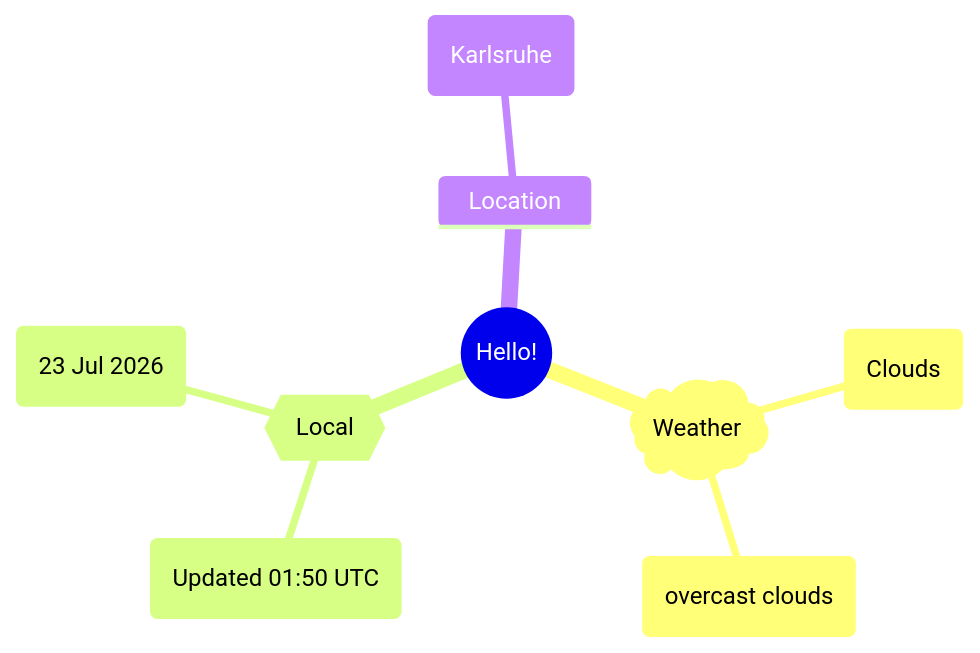
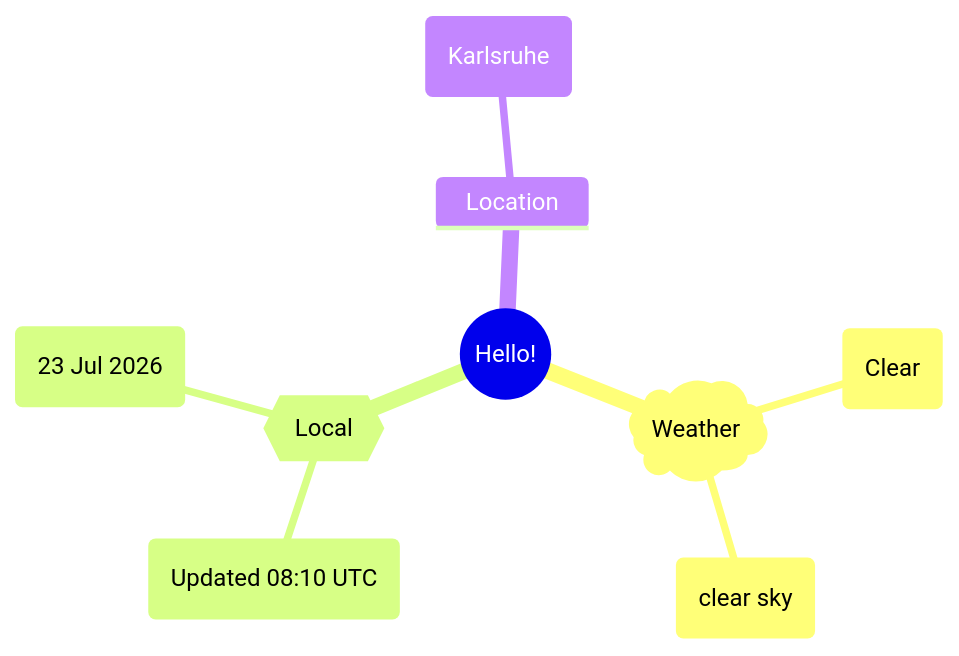
The first of 2 diagrams in README.md (Xosrov/Xosrov), drawn with Mermaid before and after one commit.

Commit message:
[bot] updated images

````diff
--- a/README.md
+++ b/README.md
@@ -3,12 +3,12 @@
 ```mermaid
 mindmap
   root((Hello!))
     )Weather(
-        (Clouds)
-        (overcast clouds)
+        (Clear)
+        (clear sky)
     {{Local}}
-        (Updated 01:50 UTC)
+        (Updated 08:10 UTC)
         (23 Jul 2026)
     Location
         (Karlsruhe)
 ```
````
